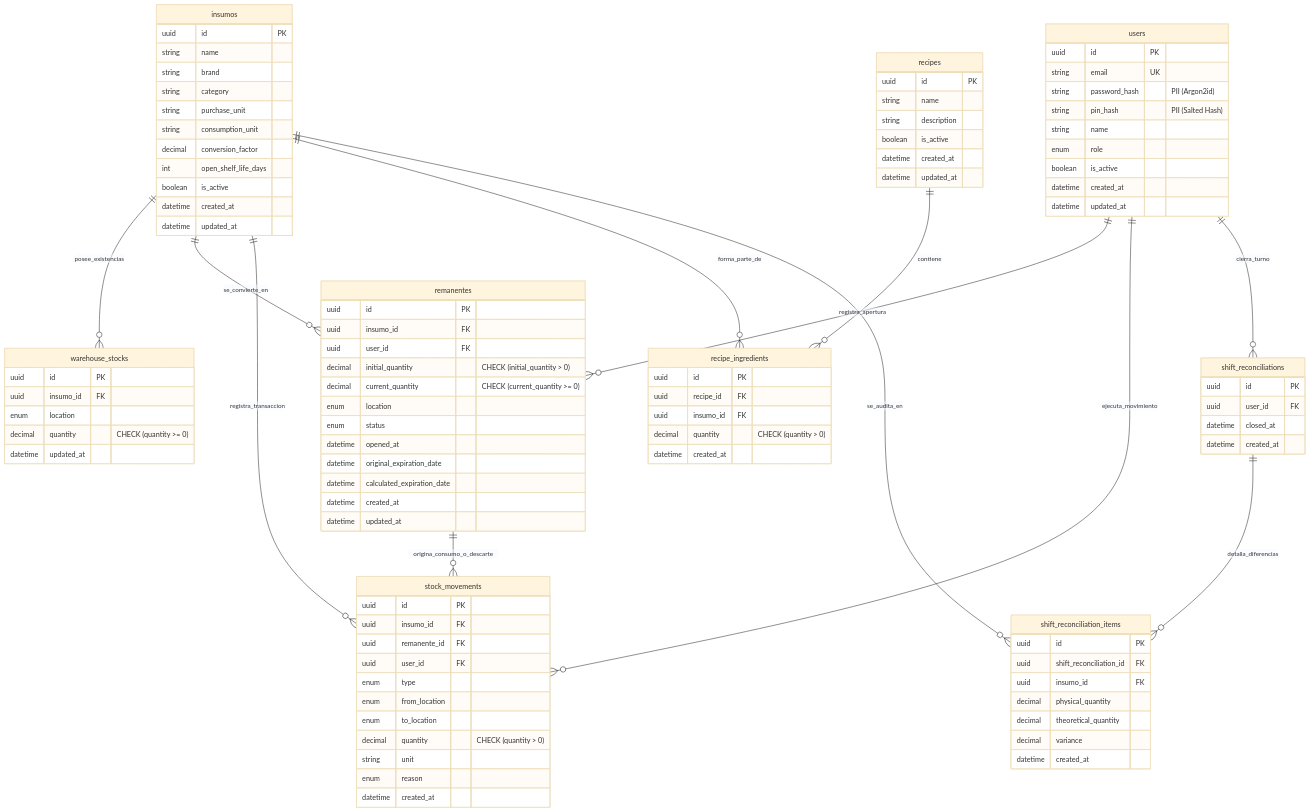
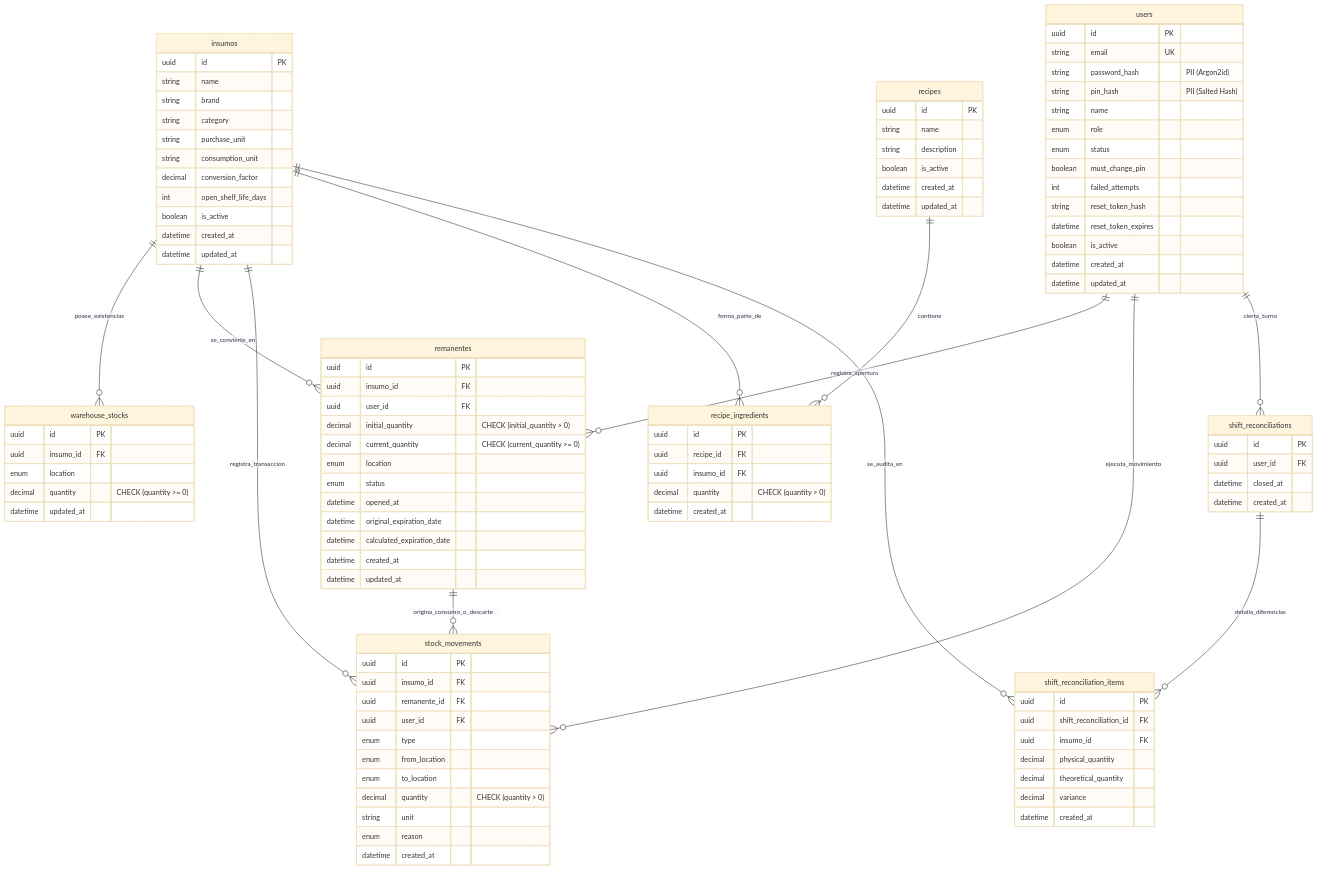
Before and after one commit to LIDR-academy/AI4Devs-finalproject: the diagram in docs/03_persistence_and_api/06_database_schema.md, drawn with Mermaid (base theme). The commit also changed other lines of this file and 5 other files, not shown here.

Commit message:
refactor(auth): enforce frontend design tokens, apiClient abstraction and schema sync (TK-077)

```diff
--- a/docs/03_persistence_and_api/06_database_schema.md
+++ b/docs/03_persistence_and_api/06_database_schema.md
@@ -42,6 +42,11 @@
         string pin_hash "PII (Salted Hash)"
         string name
         enum role
+        enum status
+        boolean must_change_pin
+        int failed_attempts
+        string reset_token_hash
+        datetime reset_token_expires
         boolean is_active
         datetime created_at
         datetime updated_at
```
